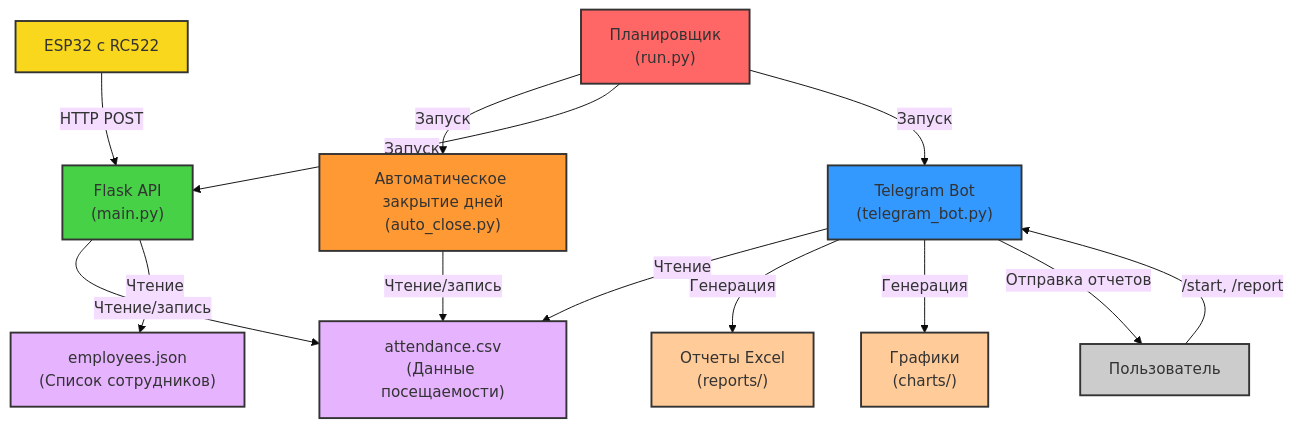
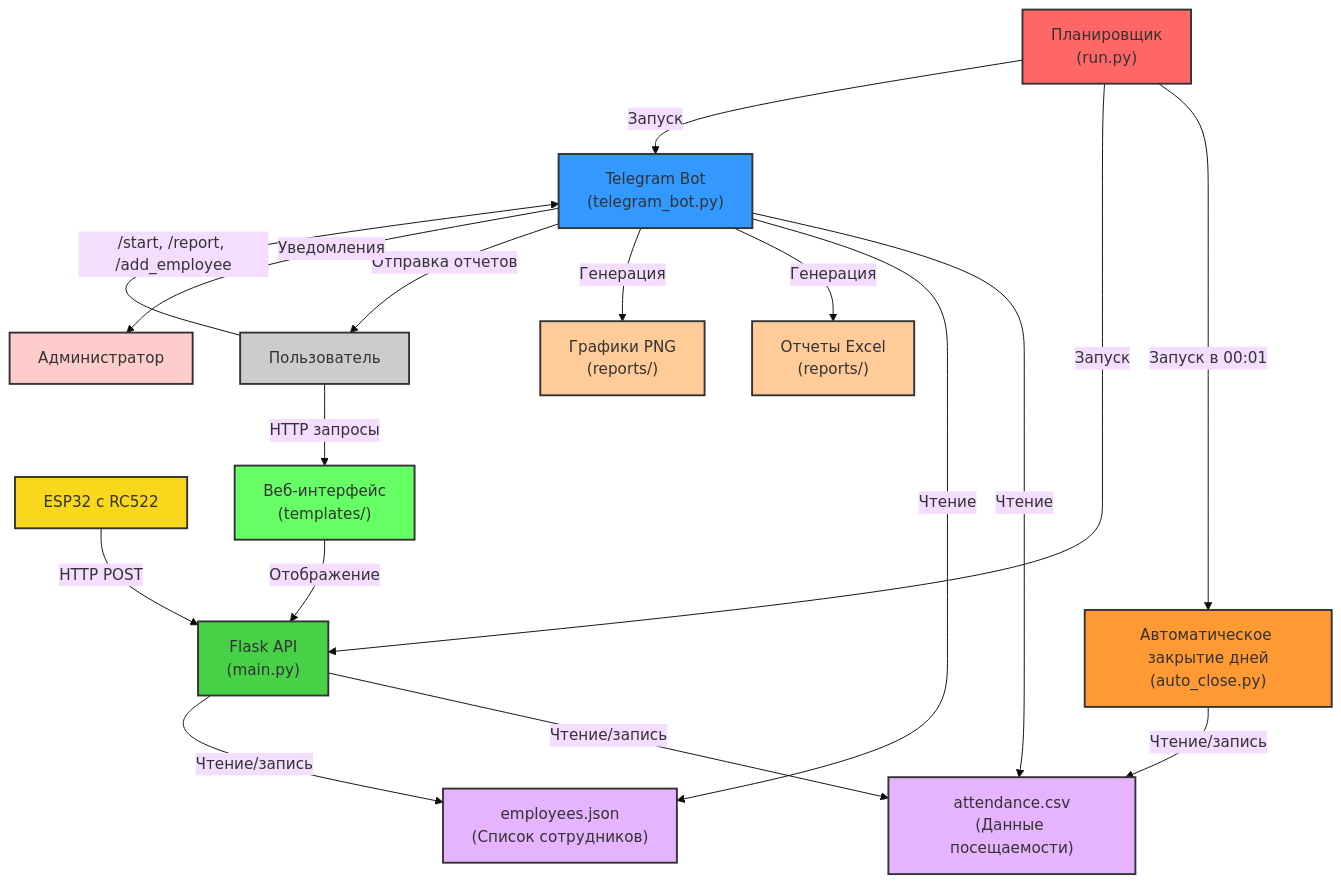
One commit to DmitryPoliakov/SKUD changed the diagram in SKUD_Python/ARCHITECTURE.md. Above: the diagram before and after it, drawn with Mermaid (base theme). The commit also changed other lines of this file and 1 other file, not shown here.

````diff
--- a/SKUD_Python/ARCHITECTURE.md
+++ b/SKUD_Python/ARCHITECTURE.md
@@ -5,30 +5,37 @@
 ```mermaid
 graph TD;
     ESP32["ESP32 с RC522"] -->|HTTP POST| FlaskAPI["Flask API<br/>(main.py)"];
     FlaskAPI -->|Чтение/запись| DB1["attendance.csv<br/>(Данные посещаемости)"];
-    FlaskAPI -->|Чтение| DB2["employees.json<br/>(Список сотрудников)"];
+    FlaskAPI -->|Чтение/запись| DB2["employees.json<br/>(Список сотрудников)"];
     
     AutoClose["Автоматическое закрытие дней<br/>(auto_close.py)"] -->|Чтение/запись| DB1;
     
     TelegramBot["Telegram Bot<br/>(telegram_bot.py)"] -->|Чтение| DB1;
+    TelegramBot -->|Чтение| DB2;
     TelegramBot -->|Генерация| Reports["Отчеты Excel<br/>(reports/)"];
-    TelegramBot -->|Генерация| Charts["Графики<br/>(charts/)"];
+    TelegramBot -->|Генерация| Charts["Графики PNG<br/>(reports/)"];
     
-    User["Пользователь"] -->|/start, /report| TelegramBot;
+    WebInterface["Веб-интерфейс<br/>(templates/)"] -->|Отображение| FlaskAPI;
+    
+    User["Пользователь"] -->|/start, /report, /add_employee| TelegramBot;
+    User -->|HTTP запросы| WebInterface;
     TelegramBot -->|Отправка отчетов| User;
+    TelegramBot -->|Уведомления| Admin["Администратор"];
     
-    Scheduler["Планировщик<br/>(run.py)"] -->|Запуск| AutoClose;
+    Scheduler["Планировщик<br/>(run.py)"] -->|Запуск в 00:01| AutoClose;
     Scheduler -->|Запуск| FlaskAPI;
     Scheduler -->|Запуск| TelegramBot;
     
     style ESP32 fill:#f9d71c,stroke:#333,stroke-width:2px;
     style FlaskAPI fill:#47d147,stroke:#333,stroke-width:2px;
     style TelegramBot fill:#3399ff,stroke:#333,stroke-width:2px;
     style AutoClose fill:#ff9933,stroke:#333,stroke-width:2px;
+    style WebInterface fill:#66ff66,stroke:#333,stroke-width:2px;
     style DB1 fill:#e6b3ff,stroke:#333,stroke-width:2px;
     style DB2 fill:#e6b3ff,stroke:#333,stroke-width:2px;
     style Reports fill:#ffcc99,stroke:#333,stroke-width:2px;
     style Charts fill:#ffcc99,stroke:#333,stroke-width:2px;
     style User fill:#cccccc,stroke:#333,stroke-width:2px;
+    style Admin fill:#ffcccc,stroke:#333,stroke-width:2px;
     style Scheduler fill:#ff6666,stroke:#333,stroke-width:2px;
 ```
````
